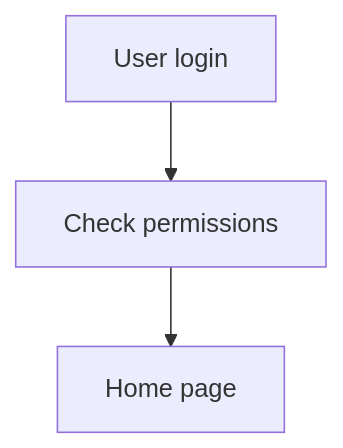
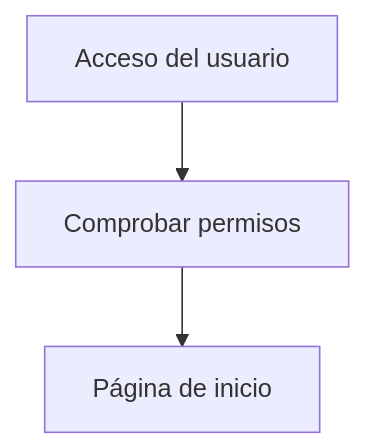
Before and after one commit to raulogm077/Analista-Funcional-Appian: the fourth of 6 diagrams in skills/appian-reverse-engineering/references/mermaid-rules.md, drawn with Mermaid. The commit also changed other lines of this file and 36 other files, not shown here.

First line of the commit message:
F4: ingeniería inversa dibuja con la skill de diagramas

````diff
--- a/skills/appian-reverse-engineering/references/mermaid-rules.md
+++ b/skills/appian-reverse-engineering/references/mermaid-rules.md
@@ -310,4 +159,4 @@
 ```mermaid
 flowchart TD
-  N1["User login"] --> N2["Check permissions"] --> N3["Home page"]
+  N1["Acceso del usuario"] --> N2["Comprobar permisos"] --> N3["Página de inicio"]
 ```
````
